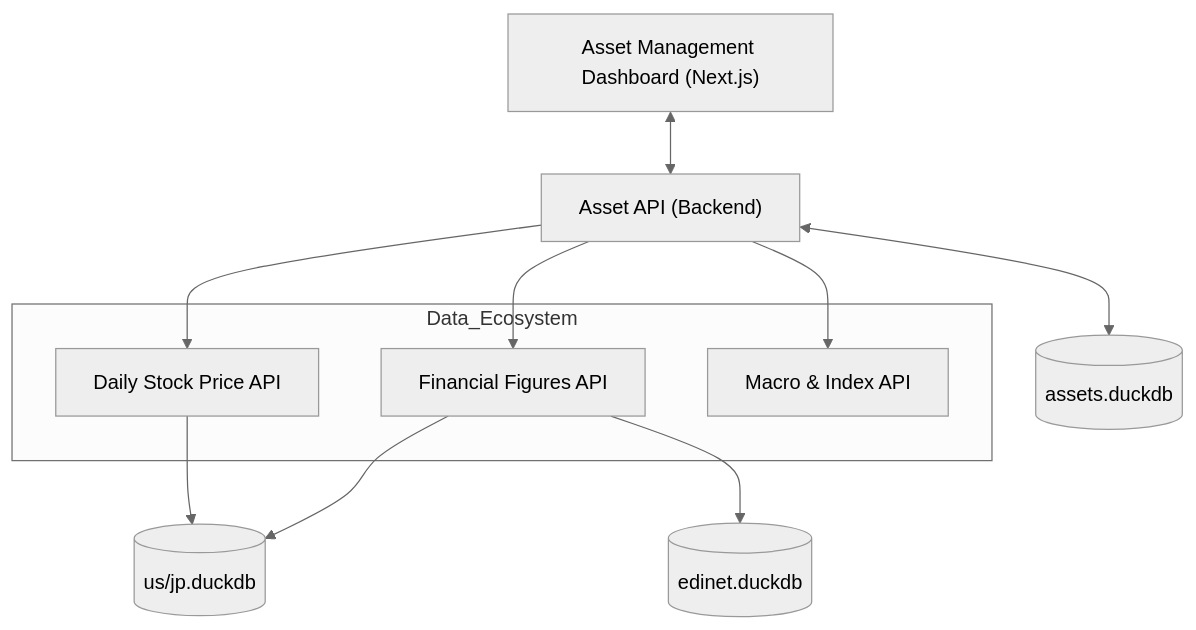
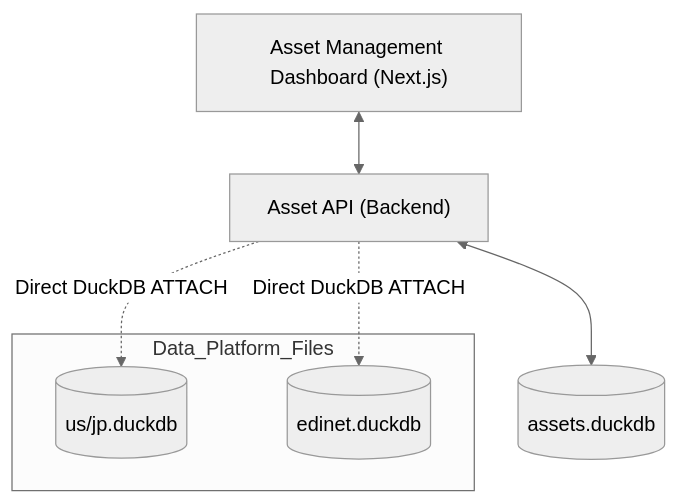
One commit to ayato-labs/ayato-finance-ecosystem changed the diagram in docs/architecture.md. Above: the diagram before and after it, drawn with Mermaid (neutral theme). The commit also changed other lines of this file and 3 other files, not shown here.

````diff
--- a/docs/architecture.md
+++ b/docs/architecture.md
@@ -27,25 +26,17 @@
 ```mermaid
 graph TD
     UI["Asset Management Dashboard (Next.js)"]
     API_A["Asset API (Backend)"]
     
-    subgraph Data_Ecosystem
-        API_P["Daily Stock Price API"]
-        API_F["Financial Figures API"]
-        API_M["Macro & Index API"]
+    subgraph Data_Platform_Files
+        DB_P[(us/jp.duckdb)]
+        DB_E[(edinet.duckdb)]
     end
     
     DB_A[(assets.duckdb)]
-    DB_P[(us/jp.duckdb)]
-    DB_E[(edinet.duckdb)]
     
     UI <--> API_A
-    API_A --> API_P
-    API_A --> API_F
-    API_A --> API_M
     API_A <--> DB_A
-    
-    API_P --> DB_P
-    API_F --> DB_P
-    API_F --> DB_E
+    API_A -.-> |Direct DuckDB ATTACH| DB_P
+    API_A -.-> |Direct DuckDB ATTACH| DB_E
 ```
````
